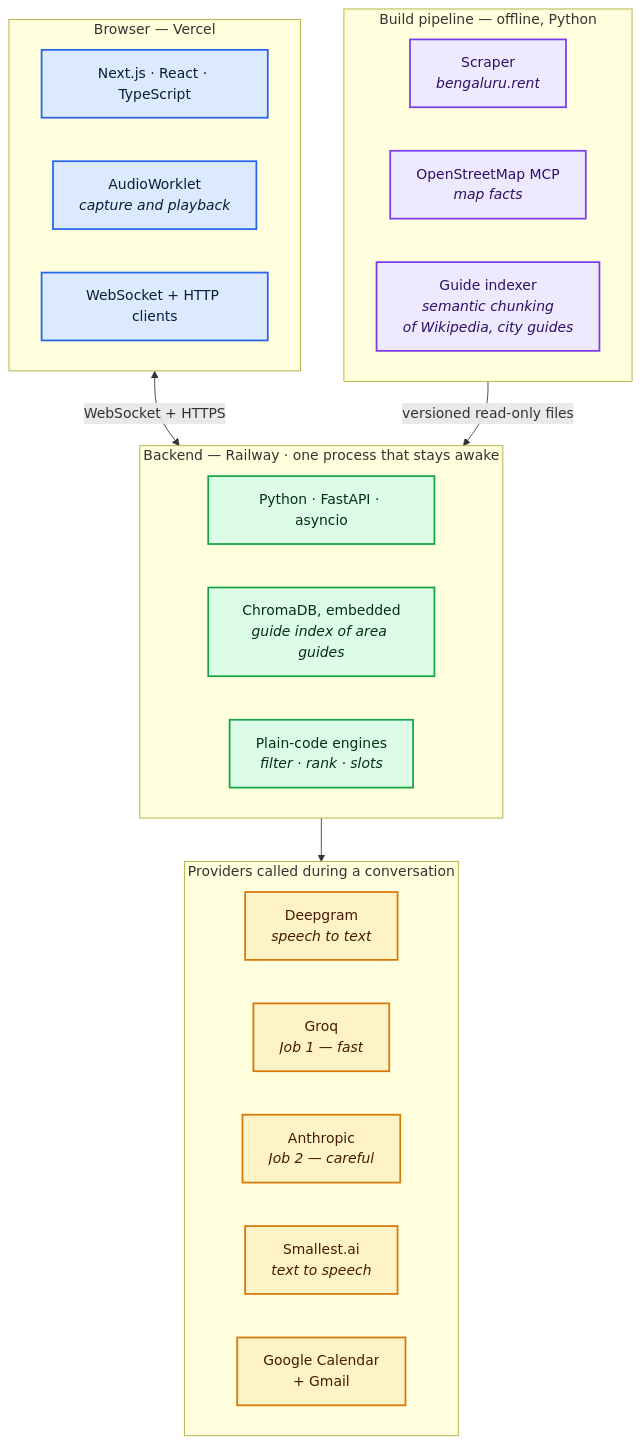
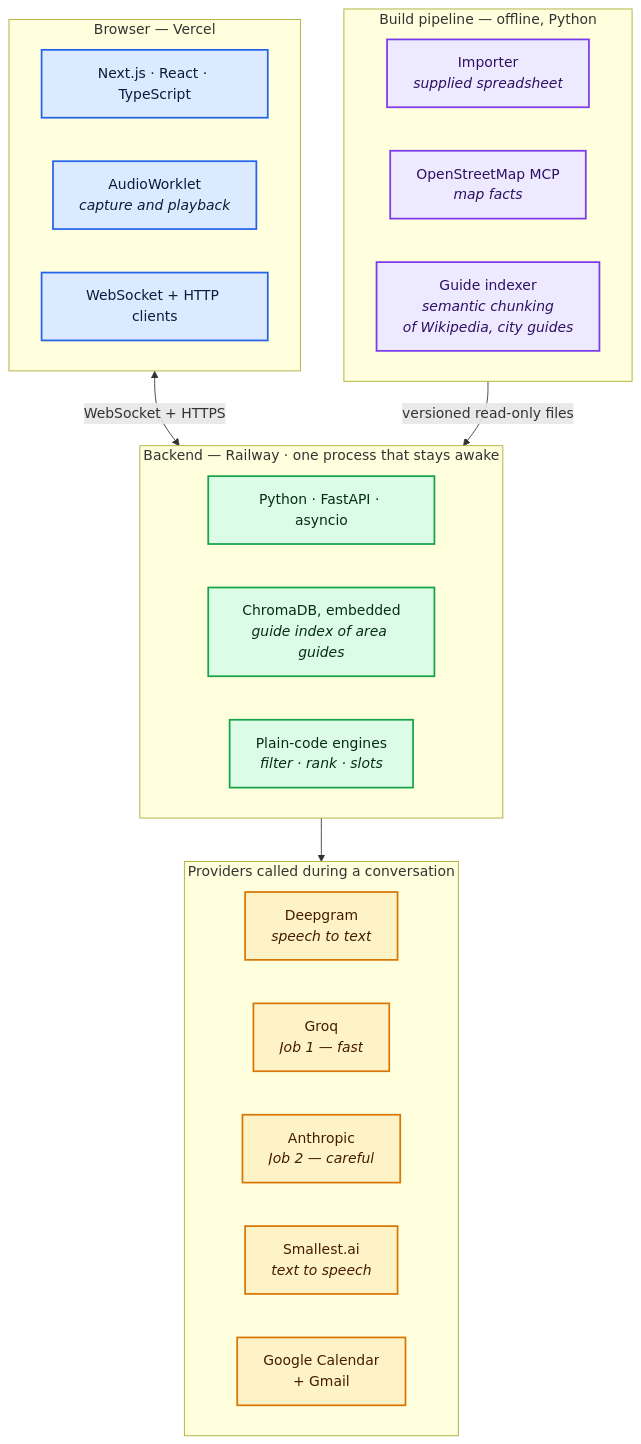
One commit to KarthikBattaram19/Capstone_Project_Next_Leap changed diagram 22 of 22 in Docs/Architecture.md. Above: the diagram before and after it, drawn with Mermaid. The commit also changed other lines of this file and 11 other files, not shown here.

First line of the commit message:
docs: switch the listing source to the supplied spreadsheet; add balconies and parking_available to the schema

````diff
--- a/Docs/Architecture.md
+++ b/Docs/Architecture.md
@@ -1114,41 +1114,41 @@
 ```mermaid
 flowchart TB
     subgraph FE["Browser — Vercel"]
         F1["Next.js · React · TypeScript"]
         F2["AudioWorklet<br/><i>capture and playback</i>"]
         F3["WebSocket + HTTP clients"]
     end
 
     subgraph BE["Backend — Railway · one process that stays awake"]
         B1["Python · FastAPI · asyncio"]
         B2["ChromaDB, embedded<br/><i>guide index of area guides</i>"]
         B3["Plain-code engines<br/><i>filter · rank · slots</i>"]
     end
 
     subgraph PROV["Providers called during a conversation"]
         P1["Deepgram<br/><i>speech to text</i>"]
         P2["Groq<br/><i>Job 1 — fast</i>"]
         P3["Anthropic<br/><i>Job 2 — careful</i>"]
         P4["Smallest.ai<br/><i>text to speech</i>"]
         P5["Google Calendar<br/>+ Gmail"]
     end
 
     subgraph BUILD["Build pipeline — offline, Python"]
-        D1["Scraper<br/><i>bengaluru.rent</i>"]
+        D1["Importer<br/><i>supplied spreadsheet</i>"]
         D2["OpenStreetMap MCP<br/><i>map facts</i>"]
         D3["Guide indexer<br/><i>semantic chunking<br/>of Wikipedia, city guides</i>"]
     end
 
     FE <-->|"WebSocket + HTTPS"| BE
     BE --> PROV
     BUILD -->|"versioned read-only files"| BE
 
     classDef fe fill:#dbeafe,stroke:#2563eb,stroke-width:2px,color:#0b1b3a
     classDef be fill:#dcfce7,stroke:#16a34a,stroke-width:2px,color:#052e16
     classDef prov fill:#fef3c7,stroke:#d97706,stroke-width:2px,color:#451a03
     classDef build fill:#ede9fe,stroke:#7c3aed,stroke-width:2px,color:#2e1065
     class F1,F2,F3 fe
     class B1,B2,B3 be
     class P1,P2,P3,P4,P5 prov
     class D1,D2,D3 build
 ```
````
